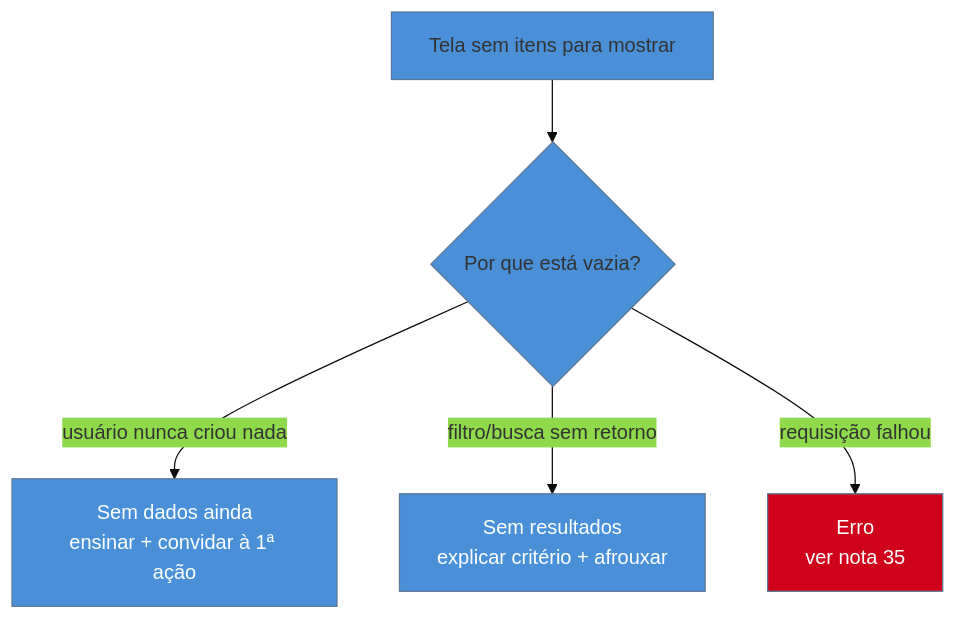
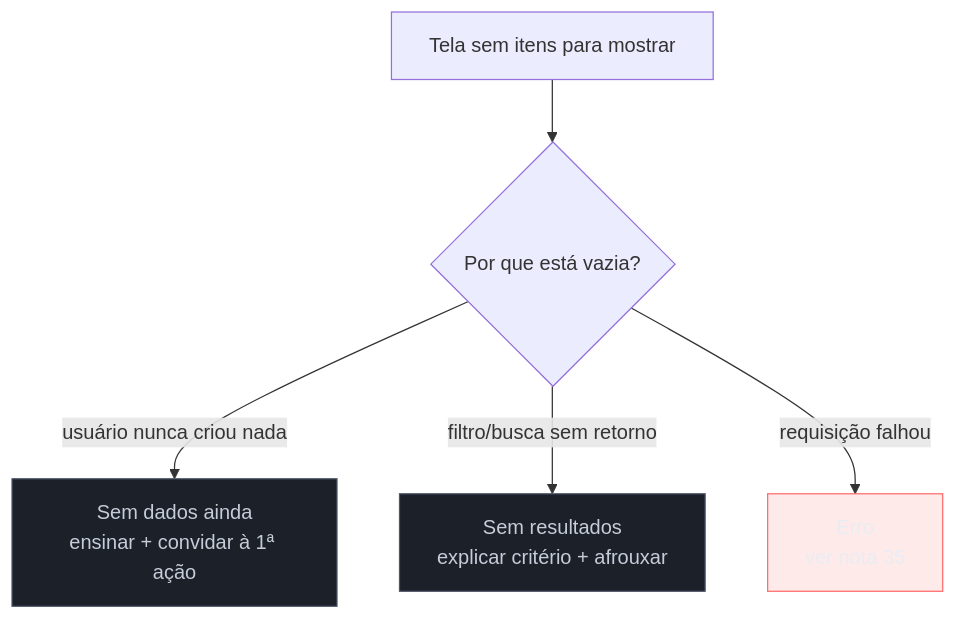
The diagram in 03-Dominios/Engenharia/UX/UX Writing e Content Design/36 - Estados vazios como conteúdo.md (josenaldo/codex-technomanticus), drawn with Mermaid before and after one commit. The commit also changed 1181 other files, not shown here.

First line of the commit message:
fix(diagramas): paleta do sistema no lugar de cor cravada no markdown

````diff
--- a/03-Dominios/Engenharia/UX/UX Writing e Content Design/36 - Estados vazios como conteúdo.md
+++ b/03-Dominios/Engenharia/UX/UX Writing e Content Design/36 - Estados vazios como conteúdo.md
@@ -34,11 +34,12 @@
 ```mermaid
-%%{init: {"theme": "base", "themeVariables": {"primaryColor": "#4A90D9"}}}%%
 graph TD
+    classDef neutro fill:#1B2029,stroke:#4E5666,color:#C6CCD8
+    classDef falha fill:#FF6B6B24,stroke:#FF6B6B,color:#E9ECF2
     Vazio["Tela sem itens para mostrar"] --> Q{"Por que está vazia?"}
     Q -->|"usuário nunca criou nada"| S1["Sem dados ainda<br/>ensinar + convidar à 1ª ação"]
     Q -->|"filtro/busca sem retorno"| S2["Sem resultados<br/>explicar critério + afrouxar"]
     Q -->|"requisição falhou"| S3["Erro<br/>ver nota 35"]
-    style S1 fill:#4A90D9,color:#fff
-    style S2 fill:#4A90D9,color:#fff
-    style S3 fill:#D0021B,color:#fff
+    class S1 neutro
+    class S2 neutro
+    class S3 falha
 ```
````
